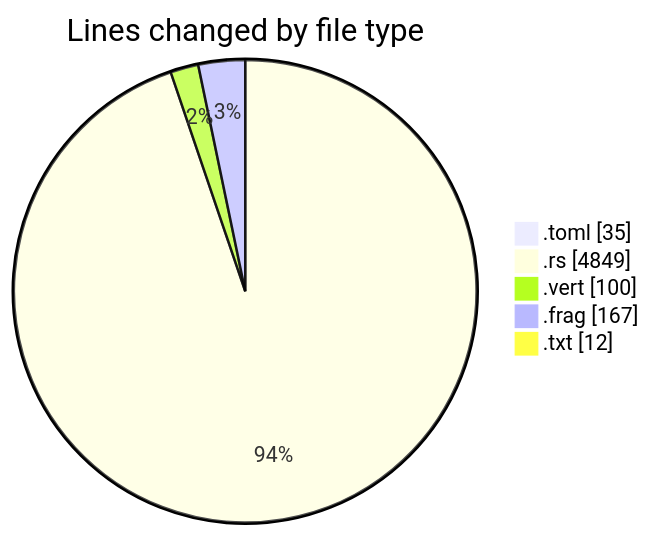
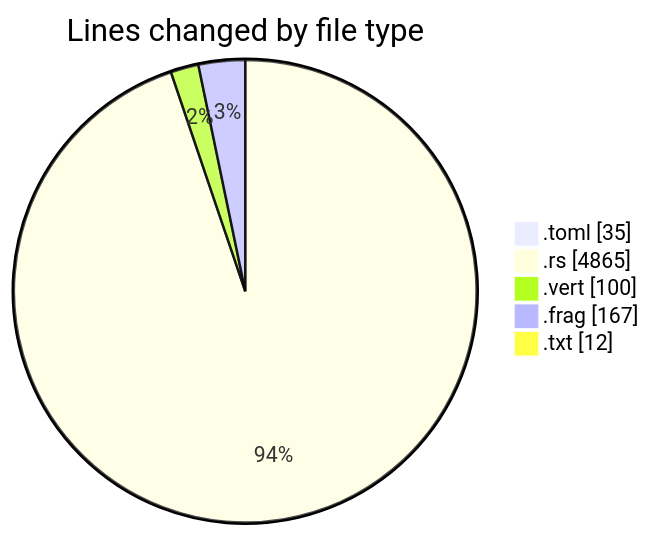
The first of 2 diagrams in 2025-01-02/3drust/README.md (ernivani/code-tracking), drawn with Mermaid before and after one commit. The commit also changed other lines of this file and 2 other files, not shown here.

````diff
--- a/2025-01-02/3drust/README.md
+++ b/2025-01-02/3drust/README.md
@@ -28,9 +28,9 @@
 ```mermaid
 pie showData
 title Lines changed by file type
 ".toml" : 35
-".rs" : 4849
+".rs" : 4865
 ".vert" : 100
 ".frag" : 167
 ".txt" : 12
 ```
````
